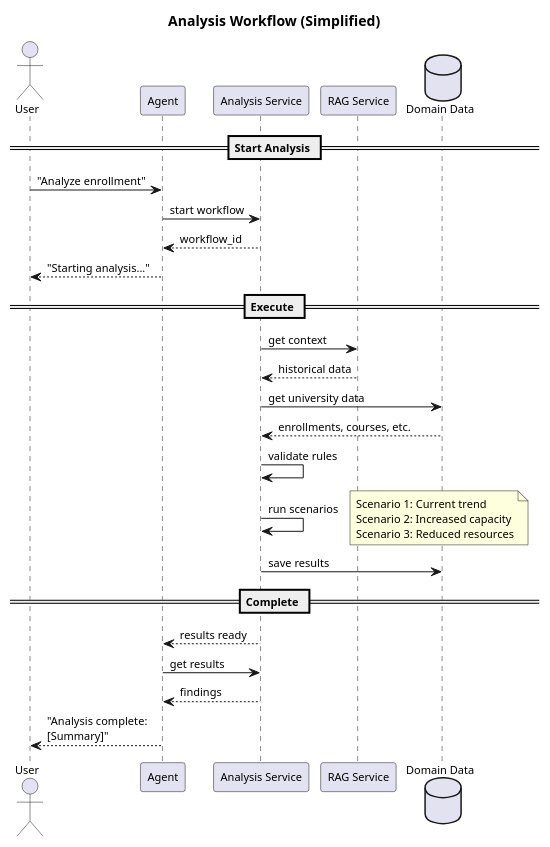
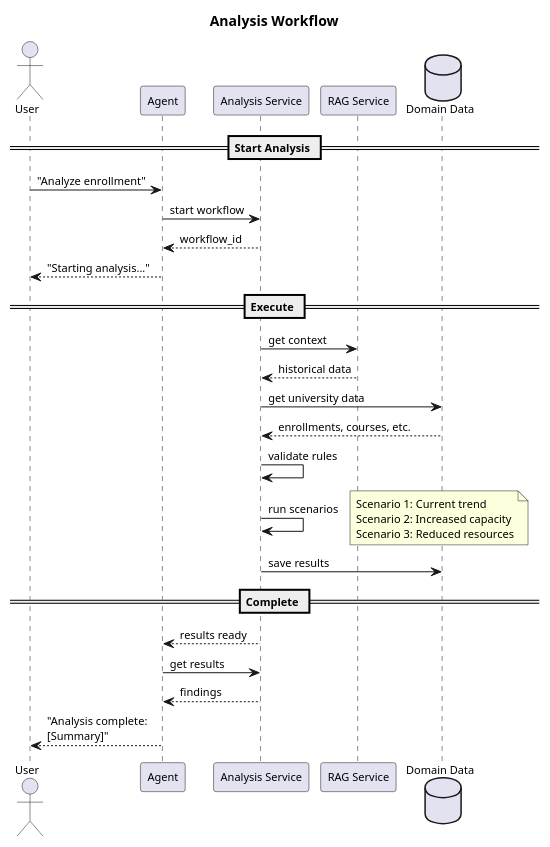
Before and after one commit to HenryNVP/strategic_planning_AI: the diagram in architecture/A4_04_flow_analysis.puml, drawn with PlantUML. The commit also changed 4 other files, not shown here.

Commit message:
sequences

```diff
--- a/architecture/A4_04_flow_analysis.puml
+++ b/architecture/A4_04_flow_analysis.puml
@@ -1,44 +1,44 @@
 @startuml A4_04_flow_analysis_simple
-title Analysis Workflow (Simplified)
+title Analysis Workflow
 
 skinparam shadowing false
 skinparam defaultFontName Arial
 skinparam defaultFontSize 11
 
 actor User
 participant "Agent" as AGENT
 participant "Analysis Service" as ANALYSIS
 participant "RAG Service" as RAG
 database "Domain Data" as DB
 
 == Start Analysis ==
 User -> AGENT : "Analyze enrollment"
 AGENT -> ANALYSIS : start workflow
 ANALYSIS --> AGENT : workflow_id
 AGENT --> User : "Starting analysis..."
 
 == Execute ==
 ANALYSIS -> RAG : get context
 RAG --> ANALYSIS : historical data
 
 ANALYSIS -> DB : get university data
 DB --> ANALYSIS : enrollments, courses, etc.
 
 ANALYSIS -> ANALYSIS : validate rules
 
 ANALYSIS -> ANALYSIS : run scenarios
 note right
 Scenario 1: Current trend
 Scenario 2: Increased capacity
 Scenario 3: Reduced resources
 end note
 
 ANALYSIS -> DB : save results
 
 == Complete ==
 ANALYSIS --> AGENT : results ready
 AGENT -> ANALYSIS : get results
 ANALYSIS --> AGENT : findings
 AGENT --> User : "Analysis complete:\n[Summary]"
 
 @enduml
```
